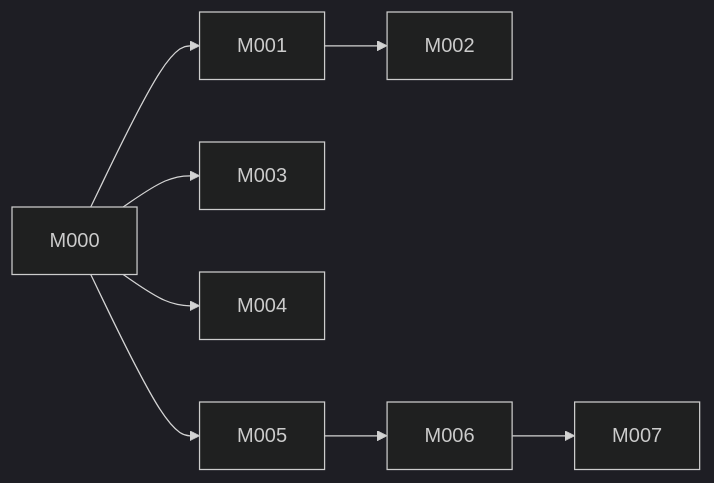
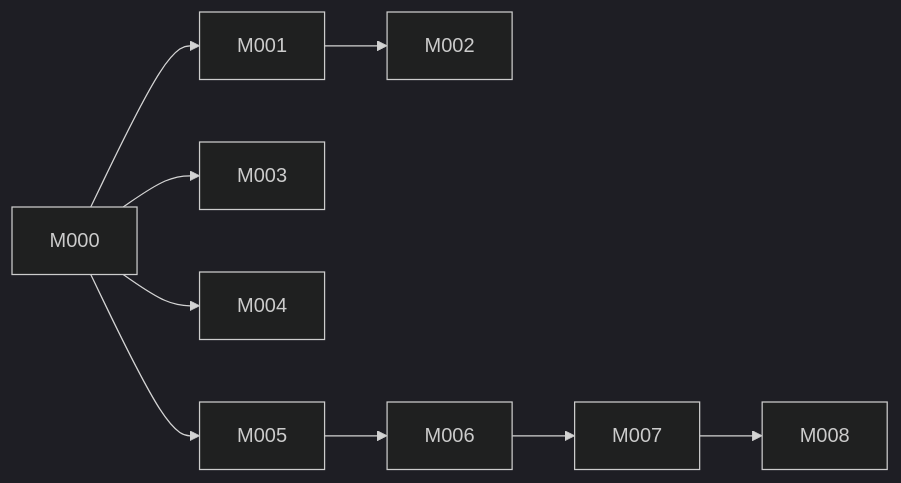
The diagram in .factory/planning/milestones.md (eskobar95/mercflow), drawn with Mermaid (dark theme) before and after one commit. The commit also changed other lines of this file and 3 other files, not shown here.

````diff
--- a/.factory/planning/milestones.md
+++ b/.factory/planning/milestones.md
@@ -253,10 +300,11 @@
 ```mermaid
 flowchart LR
   M000 --> M001
   M000 --> M003
   M000 --> M004
   M000 --> M005
   M001 --> M002
   M005 --> M006
   M006 --> M007
+  M007 --> M008
 ```
````
